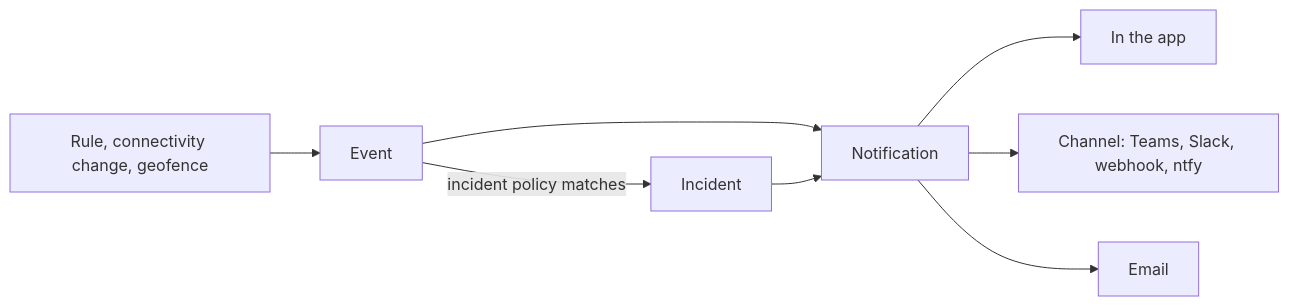
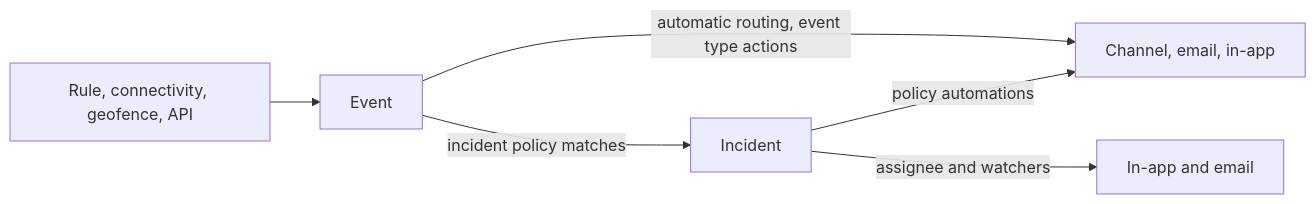
The diagram in docs/watch/events-incidents-notifications.mdx (nimbit-platform/nimbit-docs), drawn with Mermaid before and after one commit. The commit also changed other lines of this file and 89 other files, not shown here.

````diff
--- a/docs/watch/events-incidents-notifications.mdx
+++ b/docs/watch/events-incidents-notifications.mdx
@@ -11,10 +12,8 @@
 ```mermaid
 flowchart LR
-  S[Rule, connectivity change, geofence] --> E[Event]
+  S[Rule, connectivity, geofence, API] --> E[Event]
   E -->|incident policy matches| I[Incident]
-  E --> N[Notification]
-  I --> N
-  N --> A[In the app]
-  N --> C[Channel: Teams, Slack, webhook, ntfy]
-  N --> M[Email]
+  E -->|automatic routing, event type actions| C[Channel, email, in-app]
+  I -->|policy automations| C
+  I -->|assignee and watchers| W[In-app and email]
 ```
````
